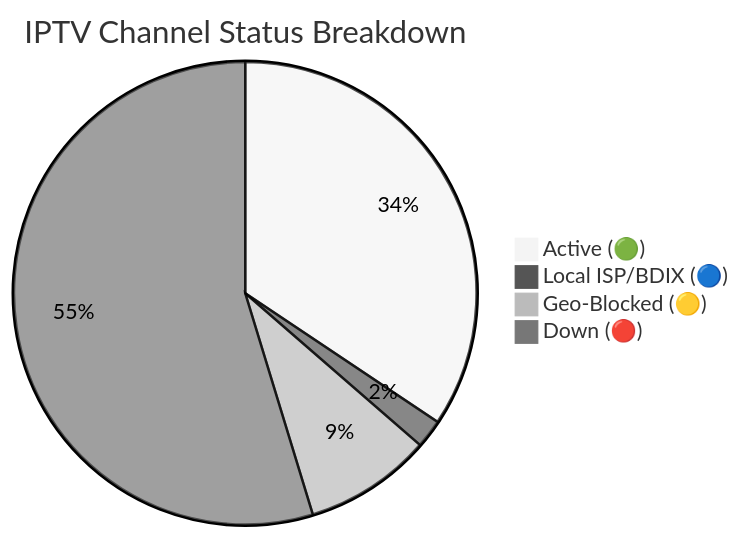
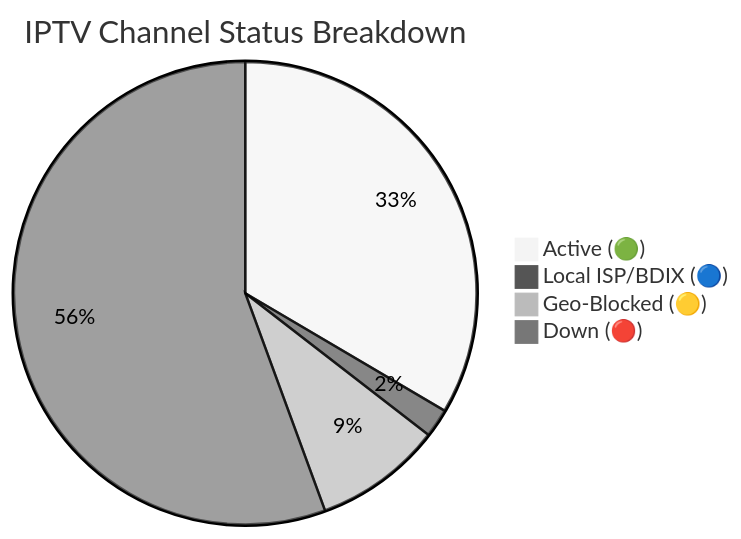
The diagram in README.md (andreataylord/Ip-tv-Collection), drawn with Mermaid (neutral theme) before and after one commit. The commit also changed other lines of this file and 1 other file, not shown here.

Commit message:
docs(readme): auto-update daily channel status chart

````diff
--- a/README.md
+++ b/README.md
@@ -59,7 +59,7 @@
 ```mermaid
 pie title IPTV Channel Status Breakdown
-    "Active (🟢)" : 2650
+    "Active (🟢)" : 2580
     "Local ISP/BDIX (🔵)" : 154
-    "Geo-Blocked (🟡)" : 686
-    "Down (🔴)" : 4217
+    "Geo-Blocked (🟡)" : 688
+    "Down (🔴)" : 4285
 ```
````
